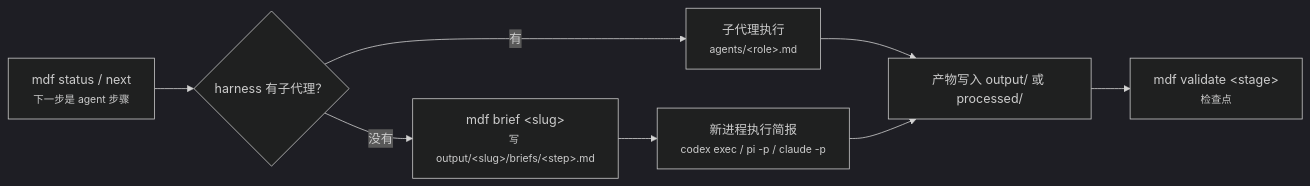
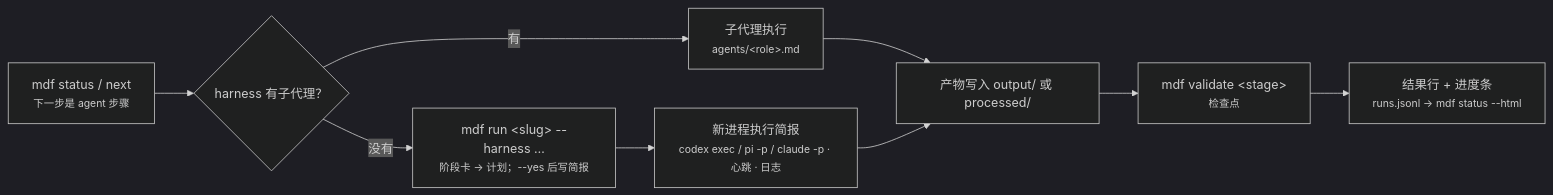
One commit to 20240610ldx-hub/Mind-Distill-Factory changed the fourth of 5 diagrams in docs/architecture.md. Above: the diagram before and after it, drawn with Mermaid (dark theme). The commit also changed other lines of this file and 9 other files, not shown here.

First line of the commit message:
feat: mdf run, stage cards and a visual status board for readable runs

````diff
--- a/docs/architecture.md
+++ b/docs/architecture.md
@@ -172,10 +173,11 @@
 ```mermaid
 flowchart LR
     N["mdf status / next<br/><small>下一步是 agent 步骤</small>"] --> Q{"harness 有子代理？"}
     Q -- 有 --> SA["子代理执行<br/><small>agents/&lt;role&gt;.md</small>"]
-    Q -- 没有 --> B["mdf brief &lt;slug&gt;<br/><small>写 output/&lt;slug&gt;/briefs/&lt;step&gt;.md</small>"]
-    B --> P["新进程执行简报<br/><small>codex exec / pi -p / claude -p</small>"]
+    Q -- 没有 --> B["mdf run &lt;slug&gt; --harness …<br/><small>阶段卡 → 计划；--yes 后写简报</small>"]
+    B --> P["新进程执行简报<br/><small>codex exec / pi -p / claude -p · 心跳 · 日志</small>"]
     SA --> F["产物写入 output/ 或 processed/"]
     P --> F
     F --> V["mdf validate &lt;stage&gt;<br/><small>检查点</small>"]
+    V --> R["结果行 + 进度条<br/><small>runs.jsonl → mdf status --html</small>"]
 ```
````
